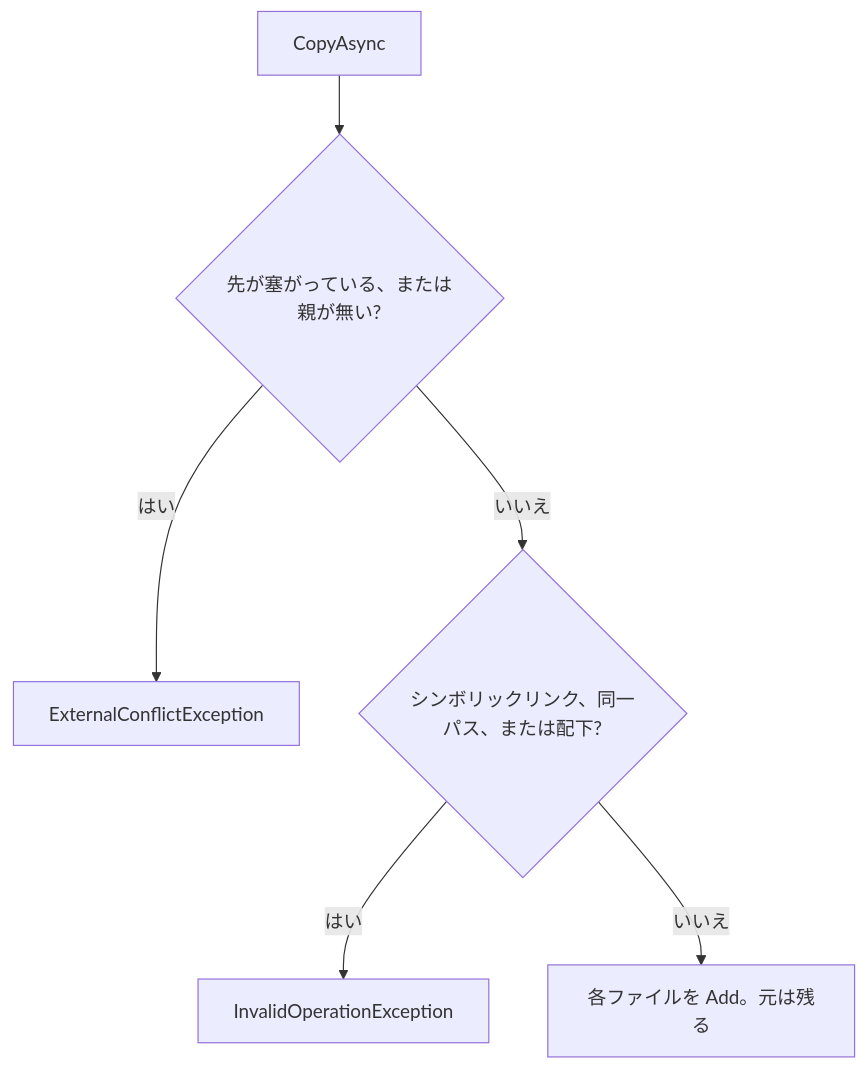
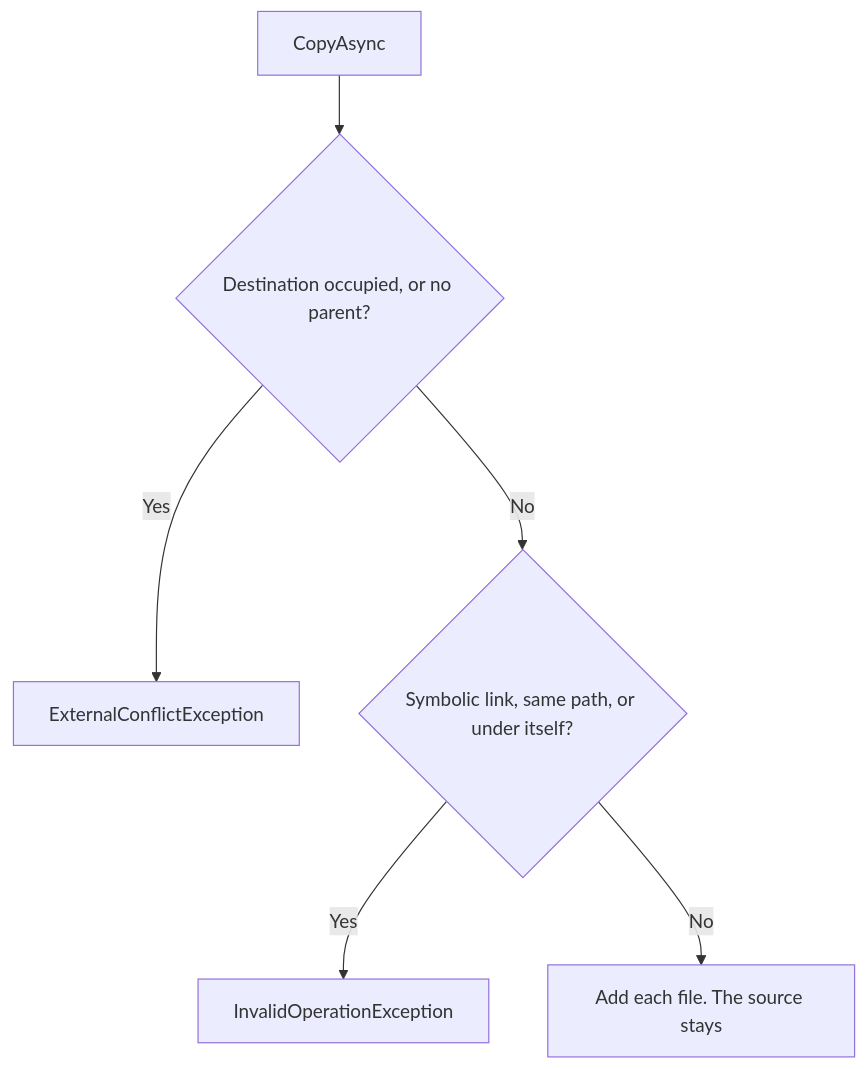
Before and after one commit to YUKIKEDA/Txfio: diagram 11 of 15 in README.md, drawn with Mermaid. The commit also changed other lines of this file and 218 other files, not shown here.

````diff
--- a/README.md
+++ b/README.md
@@ -381,8 +383,8 @@
 ```mermaid
 flowchart TD
-  copy["CopyAsync"] --> blocked{"先が塞がっている、または親が無い?"}
-  blocked -->|はい| ext["ExternalConflictException"]
-  blocked -->|いいえ| bad{"シンボリックリンク、同一パス、または配下?"}
-  bad -->|はい| inv["InvalidOperationException"]
-  bad -->|いいえ| add["各ファイルを Add。元は残る"]
+  copy["CopyAsync"] --> blocked{"Destination occupied, or no parent?"}
+  blocked -->|Yes| ext["ExternalConflictException"]
+  blocked -->|No| bad{"Symbolic link, same path, or under itself?"}
+  bad -->|Yes| inv["InvalidOperationException"]
+  bad -->|No| add["Add each file. The source stays"]
 ```
````
